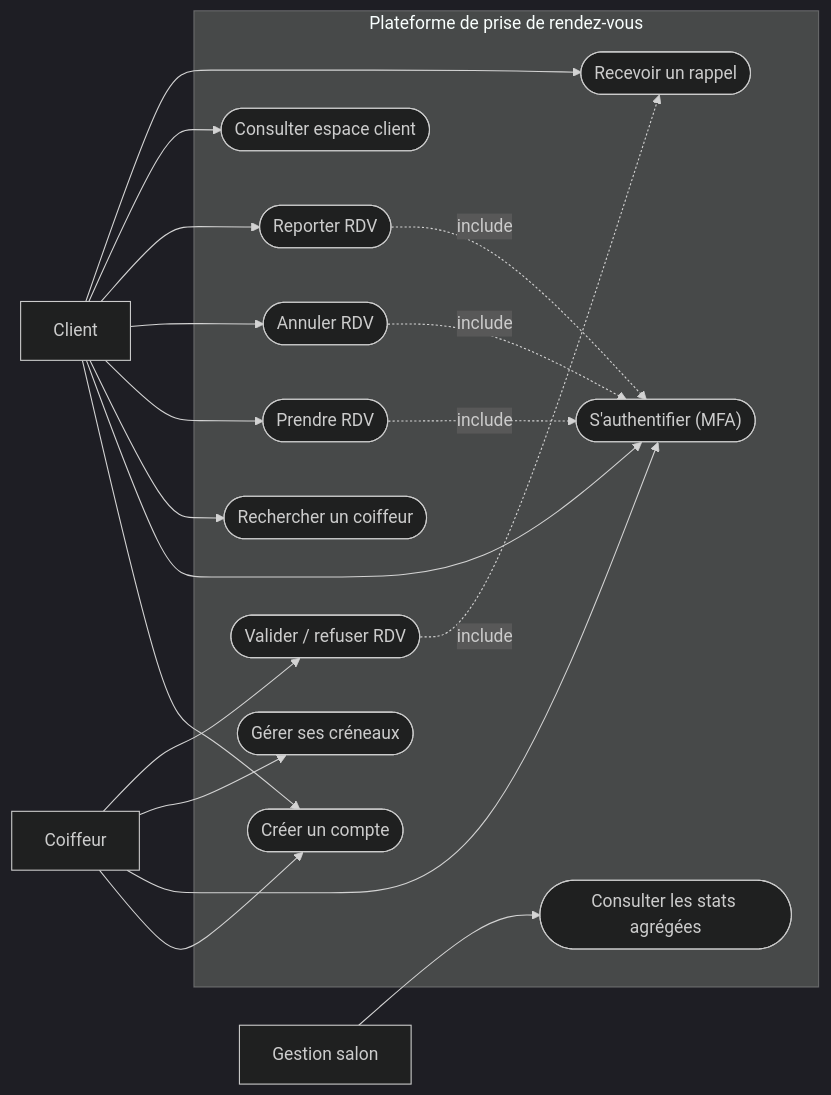
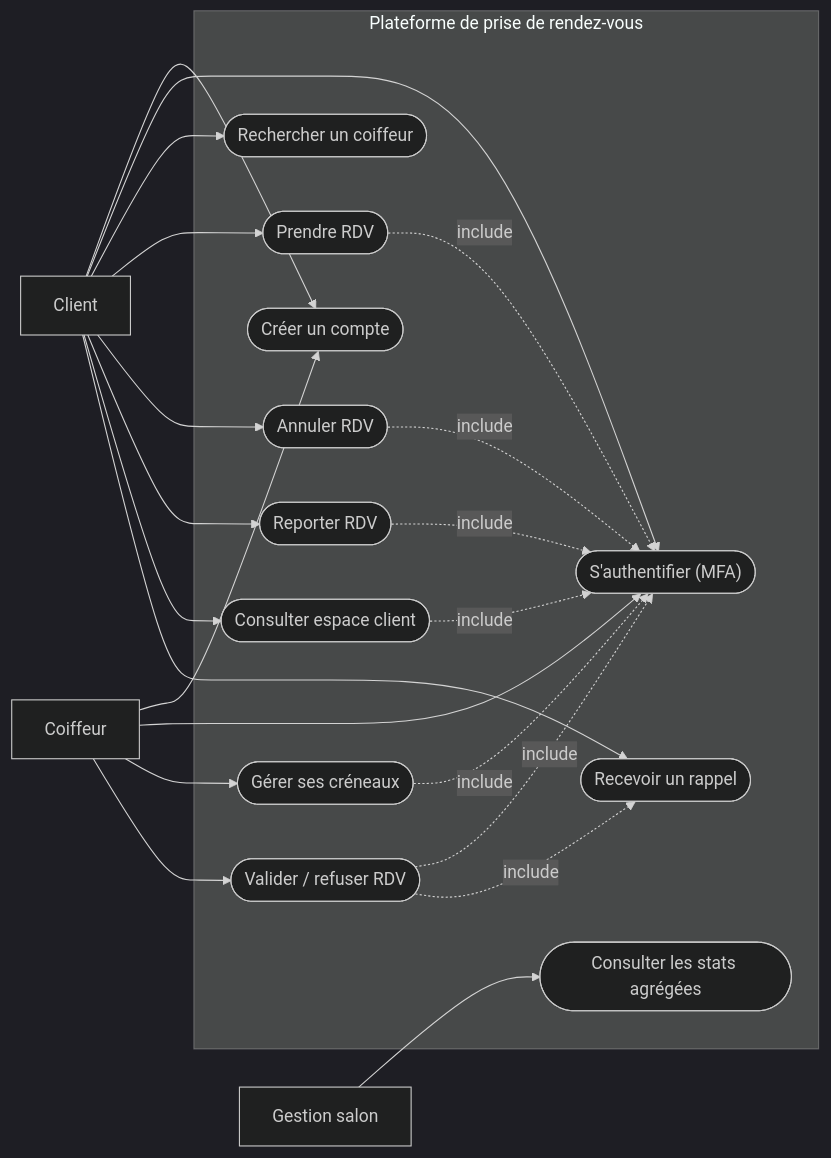
Before and after one commit to remytreflest/heuristique_et_compromis: the second of 7 diagrams in dossier/dossier-architecture-logicielle.md, drawn with Mermaid (dark theme). The commit also changed 1 other file, not shown here.

Commit message:
modif schéma utilisateur

````diff
--- a/dossier/dossier-architecture-logicielle.md
+++ b/dossier/dossier-architecture-logicielle.md
@@ -124,39 +124,42 @@
 ```mermaid
 flowchart LR
   client["Client"]
   pro["Coiffeur"]
   gestion["Gestion salon"]
 
   subgraph systeme["Plateforme de prise de rendez-vous"]
     uc1(["Créer un compte"])
     uc2(["S'authentifier (MFA)"])
     uc3(["Rechercher un coiffeur"])
     uc4(["Prendre RDV"])
     uc5(["Annuler RDV"])
     uc6(["Reporter RDV"])
     uc7(["Consulter espace client"])
     uc8(["Gérer ses créneaux"])
     uc9(["Valider / refuser RDV"])
     uc10(["Recevoir un rappel"])
     uc11(["Consulter les stats agrégées"])
   end
 
   client --> uc1
   client --> uc2
   client --> uc3
   client --> uc4
   client --> uc5
   client --> uc6
   client --> uc7
   client --> uc10
   pro --> uc1
   pro --> uc2
   pro --> uc8
   pro --> uc9
   gestion --> uc11
 
   uc4 -. "include" .-> uc2
   uc5 -. "include" .-> uc2
   uc6 -. "include" .-> uc2
+  uc7 -. "include" .-> uc2
+  uc8 -. "include" .-> uc2
+  uc9 -. "include" .-> uc2
   uc9 -. "include" .-> uc10
 ```
````
